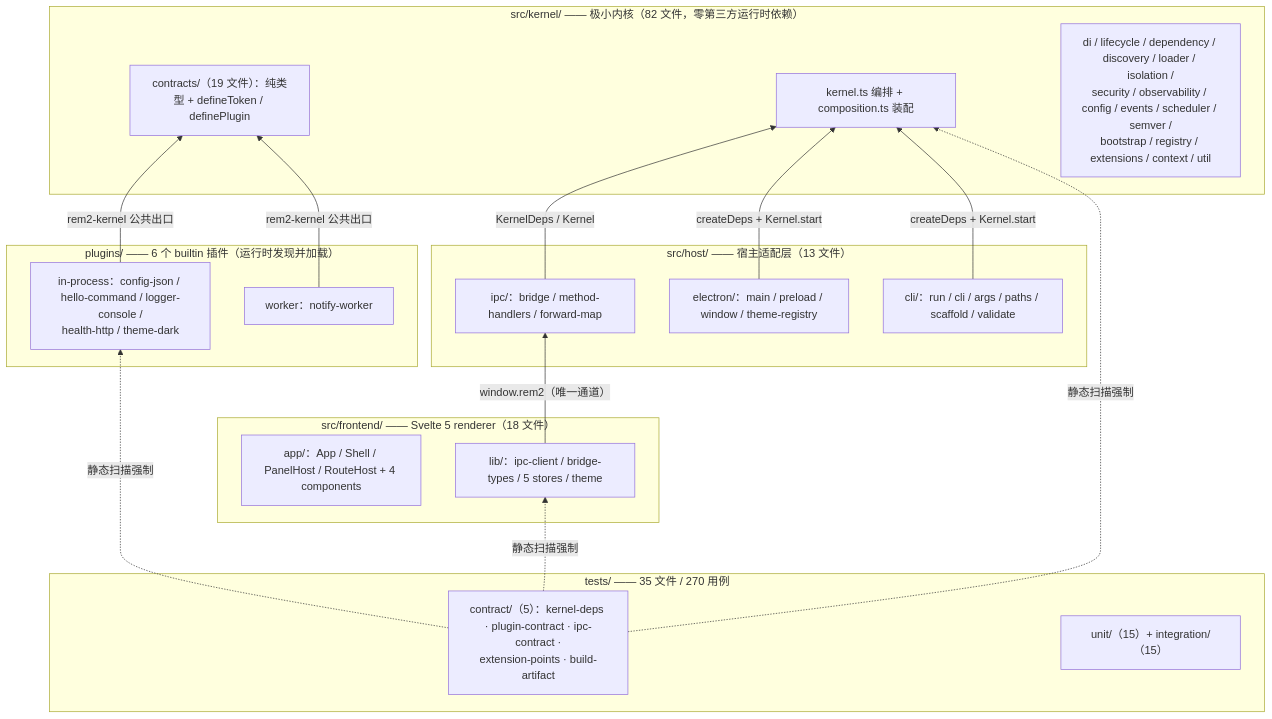
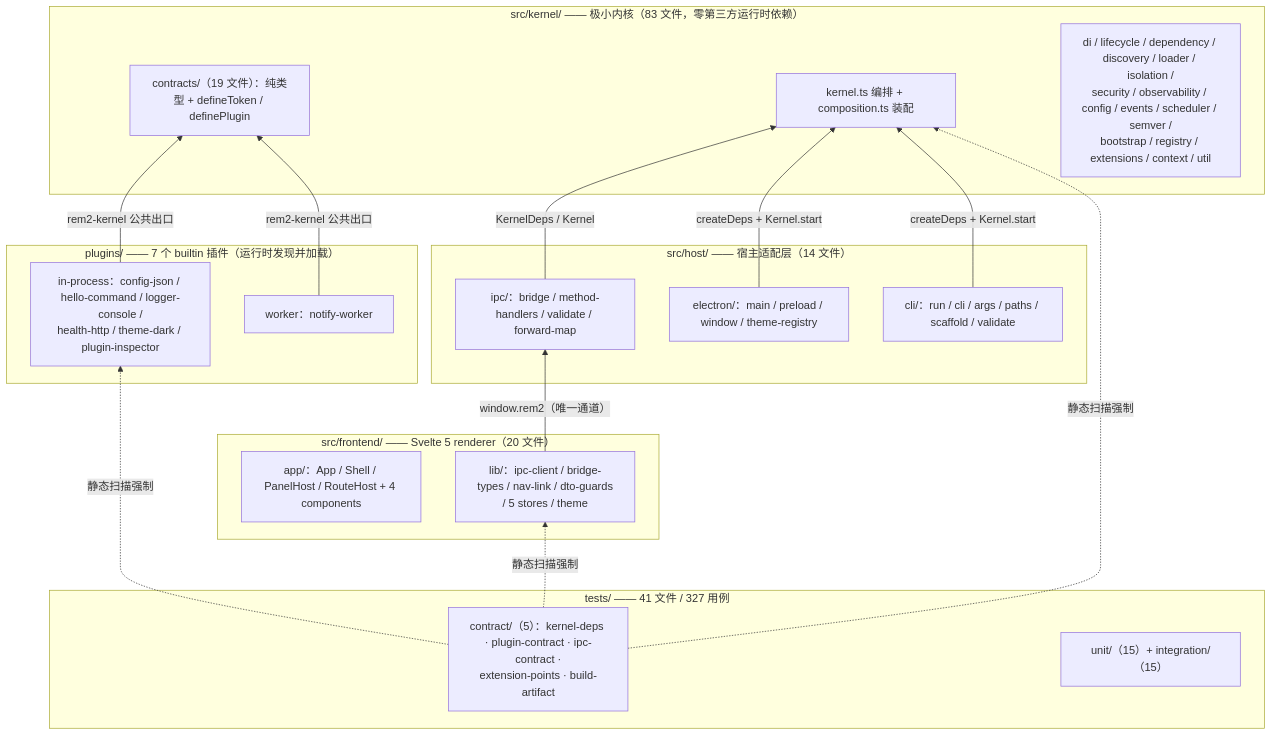
Before and after one commit to kino14910/REM2: the first of 5 diagrams in docs/01-architecture-overview.md, drawn with Mermaid. The commit also changed other lines of this file and 16 other files, not shown here.

````diff
--- a/docs/01-architecture-overview.md
+++ b/docs/01-architecture-overview.md
@@ -19,39 +19,39 @@
 ```mermaid
 graph BT
-    subgraph L1["plugins/ —— 6 个 builtin 插件（运行时发现并加载）"]
-        PA["in-process：config-json / hello-command / logger-console /<br/>health-http / theme-dark"]
+    subgraph L1["plugins/ —— 7 个 builtin 插件（运行时发现并加载）"]
+        PA["in-process：config-json / hello-command / logger-console /<br/>health-http / theme-dark / plugin-inspector"]
         PB["worker：notify-worker"]
     end
 
-    subgraph L2["src/frontend/ —— Svelte 5 renderer（18 文件）"]
+    subgraph L2["src/frontend/ —— Svelte 5 renderer（20 文件）"]
         FA["app/：App / Shell / PanelHost / RouteHost + 4 components"]
-        FB["lib/：ipc-client / bridge-types / 5 stores / theme"]
+        FB["lib/：ipc-client / bridge-types / nav-link / dto-guards<br/>/ 5 stores / theme"]
     end
 
-    subgraph L3["src/host/ —— 宿主适配层（13 文件）"]
+    subgraph L3["src/host/ —— 宿主适配层（14 文件）"]
         HA["electron/：main / preload / window / theme-registry"]
-        HB["ipc/：bridge / method-handlers / forward-map"]
+        HB["ipc/：bridge / method-handlers / validate / forward-map"]
         HC["cli/：run / cli / args / paths / scaffold / validate"]
     end
 
-    subgraph L4["src/kernel/ —— 极小内核（82 文件，零第三方运行时依赖）"]
+    subgraph L4["src/kernel/ —— 极小内核（83 文件，零第三方运行时依赖）"]
         KA["contracts/（19 文件）：纯类型 + defineToken / definePlugin"]
         KB["kernel.ts 编排 + composition.ts 装配"]
         KC["di / lifecycle / dependency / discovery / loader / isolation /<br/>security / observability / config / events / scheduler / semver /<br/>bootstrap / registry / extensions / context / util"]
     end
 
-    subgraph L5["tests/ —— 35 文件 / 270 用例"]
+    subgraph L5["tests/ —— 41 文件 / 327 用例"]
         TA["contract/（5）：kernel-deps · plugin-contract · ipc-contract ·<br/>extension-points · build-artifact"]
         TB["unit/（15）+ integration/（15）"]
     end
 
     FB -->|"window.rem2（唯一通道）"| HB
     HB -->|"KernelDeps / Kernel"| KB
     HA -->|"createDeps + Kernel.start"| KB
     HC -->|"createDeps + Kernel.start"| KB
     PA -->|"rem2-kernel 公共出口"| KA
     PB -->|"rem2-kernel 公共出口"| KA
     TA -.->|"静态扫描强制"| KB
     TA -.->|"静态扫描强制"| FB
     TA -.->|"静态扫描强制"| PA
 ```
````
